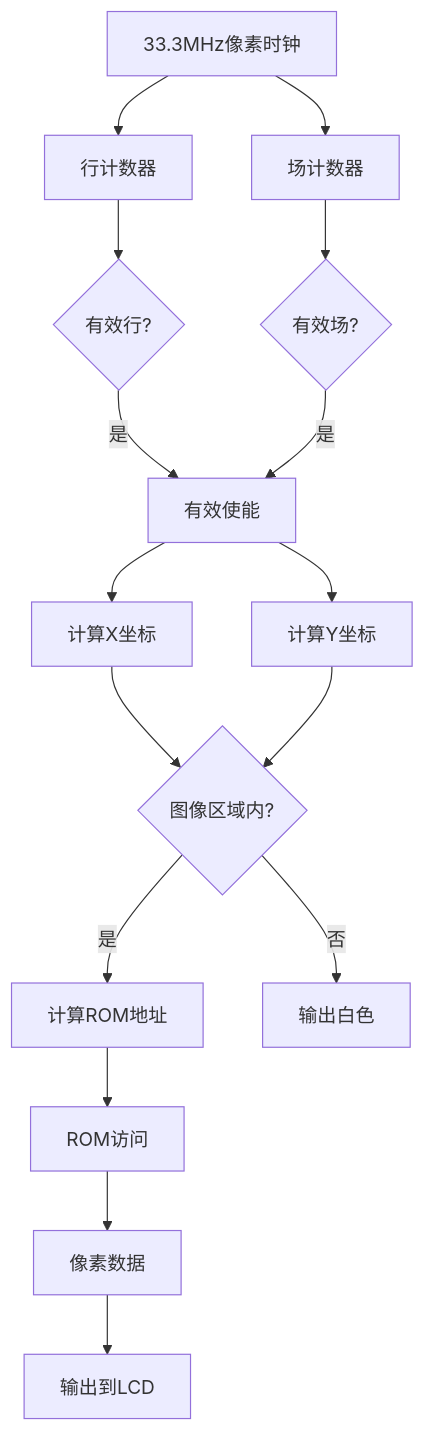
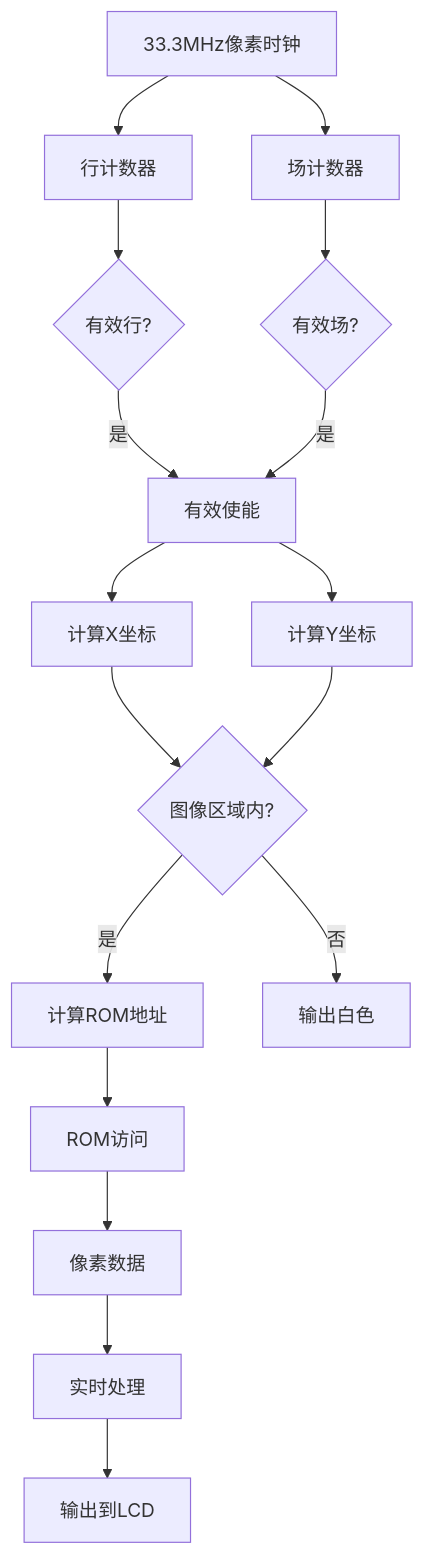
The tenth of 11 diagrams in .qoder/repowiki/zh/content/项目概述/技术架构/技术架构.md (soupherexd/LCD_ROM_PIC), drawn with Mermaid before and after one commit. The commit also changed other lines of this file and 5 other files, not shown here.

````diff
--- a/.qoder/repowiki/zh/content/项目概述/技术架构/技术架构.md
+++ b/.qoder/repowiki/zh/content/项目概述/技术架构/技术架构.md
@@ -408,18 +534,19 @@
 ```mermaid
 flowchart TD
 CLK[33.3MHz像素时钟] --> CNT_H[行计数器]
 CLK --> CNT_V[场计数器]
 CNT_H --> VALID_H{有效行?}
 CNT_V --> VALID_V{有效场?}
 VALID_H --> |是| VALID_EN[有效使能]
 VALID_V --> |是| VALID_EN
 VALID_EN --> COORD_X[计算X坐标]
 VALID_EN --> COORD_Y[计算Y坐标]
 COORD_X --> IMG_AREA{图像区域内?}
 COORD_Y --> IMG_AREA
 IMG_AREA --> |是| ROM_ADDR[计算ROM地址]
 IMG_AREA --> |否| WHITE[输出白色]
 ROM_ADDR --> ROM_ACCESS[ROM访问]
 ROM_ACCESS --> PIXEL_DATA[像素数据]
-PIXEL_DATA --> LCD_RGB[输出到LCD]
+PIXEL_DATA --> PROCESS[实时处理]
+PROCESS --> LCD_RGB[输出到LCD]
 ```
````
